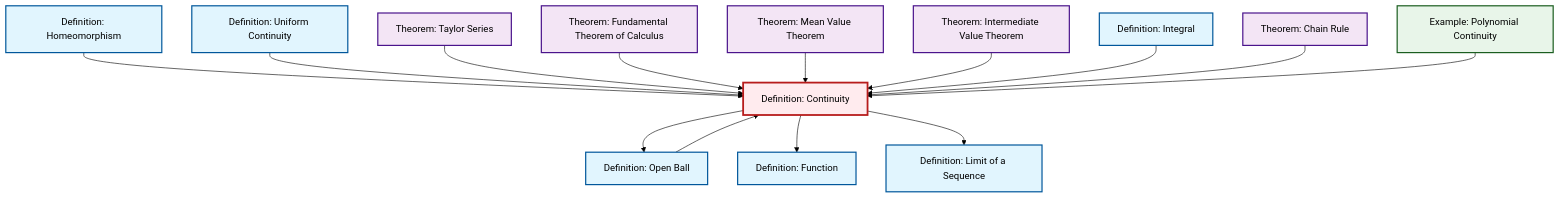
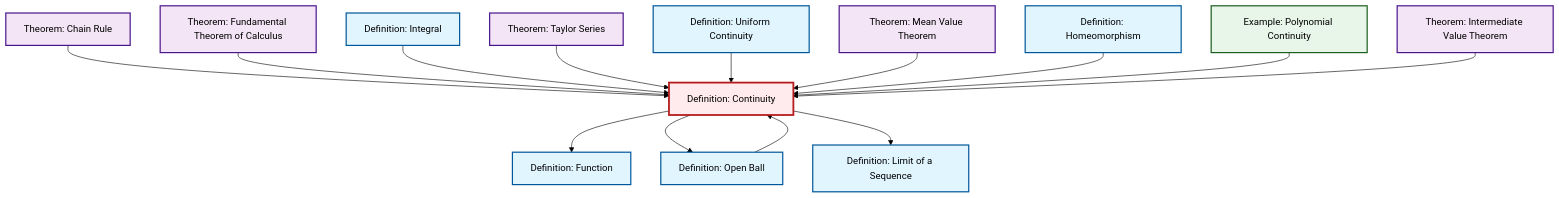
One commit to RK0429/ModernMath changed the diagram in content/en/analysis/def-continuity.qmd. Above: the diagram before and after it, drawn with Mermaid (forest theme). The commit also changed other lines of this file and 672 other files, not shown here.

````diff
--- a/content/en/analysis/def-continuity.qmd
+++ b/content/en/analysis/def-continuity.qmd
@@ -61,48 +61,48 @@
 ```{mermaid}
 %%| fig-cap: "Local dependency graph"
 graph TD
     classDef definition fill:#e1f5fe,stroke:#01579b,stroke-width:2px
     classDef theorem fill:#f3e5f5,stroke:#4a148c,stroke-width:2px
     classDef axiom fill:#fff3e0,stroke:#e65100,stroke-width:2px
     classDef example fill:#e8f5e9,stroke:#1b5e20,stroke-width:2px
     classDef current fill:#ffebee,stroke:#b71c1c,stroke-width:3px
+    def-uniform-continuity["Definition: Uniform Continuity"]:::definition
     def-limit["Definition: Limit of a Sequence"]:::definition
+    ex-polynomial-continuity["Example: Polynomial Continuity"]:::example
+    thm-mean-value["Theorem: Mean Value Theorem"]:::theorem
+    def-homeomorphism["Definition: Homeomorphism"]:::definition
+    thm-fundamental-calculus["Theorem: Fundamental Theorem of Calculus"]:::theorem
+    def-open-ball["Definition: Open Ball"]:::definition
+    def-function["Definition: Function"]:::definition
+    thm-chain-rule["Theorem: Chain Rule"]:::theorem
+    thm-taylor-series["Theorem: Taylor Series"]:::theorem
     thm-intermediate-value["Theorem: Intermediate Value Theorem"]:::theorem
-    thm-mean-value["Theorem: Mean Value Theorem"]:::theorem
     def-continuity["Definition: Continuity"]:::definition
-    def-open-ball["Definition: Open Ball"]:::definition
-    def-homeomorphism["Definition: Homeomorphism"]:::definition
-    def-function["Definition: Function"]:::definition
-    ex-polynomial-continuity["Example: Polynomial Continuity"]:::example
-    def-uniform-continuity["Definition: Uniform Continuity"]:::definition
     def-integral["Definition: Integral"]:::definition
-    thm-taylor-series["Theorem: Taylor Series"]:::theorem
-    thm-chain-rule["Theorem: Chain Rule"]:::theorem
-    thm-fundamental-calculus["Theorem: Fundamental Theorem of Calculus"]:::theorem
+    def-continuity --> def-function
+    thm-chain-rule --> def-continuity
+    def-continuity --> def-open-ball
+    thm-fundamental-calculus --> def-continuity
+    def-integral --> def-continuity
+    def-open-ball --> def-continuity
+    thm-taylor-series --> def-continuity
+    def-uniform-continuity --> def-continuity
+    def-continuity --> def-limit
+    thm-mean-value --> def-continuity
     def-homeomorphism --> def-continuity
-    def-continuity --> def-open-ball
-    def-uniform-continuity --> def-continuity
-    thm-taylor-series --> def-continuity
-    thm-fundamental-calculus --> def-continuity
-    thm-mean-value --> def-continuity
+    ex-polynomial-continuity --> def-continuity
     thm-intermediate-value --> def-continuity
-    def-integral --> def-continuity
-    thm-chain-rule --> def-continuity
-    def-continuity --> def-function
-    def-continuity --> def-limit
-    ex-polynomial-continuity --> def-continuity
-    def-open-ball --> def-continuity
     class def-continuity current
+    click def-uniform-continuity "def-uniform-continuity.html" "Go to Uniform Continuity definition"
     click def-limit "def-limit.html" "Go to Limit of a Sequence definition"
+    click ex-polynomial-continuity "ex-polynomial-continuity.html" "Go to Polynomial Continuity example"
+    click thm-mean-value "thm-mean-value.html" "Go to Mean Value Theorem theorem"
+    click def-homeomorphism "def-homeomorphism.html" "Go to Homeomorphism definition"
+    click thm-fundamental-calculus "thm-fundamental-calculus.html" "Go to Fundamental Theorem of Calculus theorem"
+    click def-open-ball "def-open-ball.html" "Go to Open Ball definition"
+    click def-function "def-function.html" "Go to Function definition"
+    click thm-chain-rule "thm-chain-rule.html" "Go to Chain Rule theorem"
+    click thm-taylor-series "thm-taylor-series.html" "Go to Taylor Series theorem"
     click thm-intermediate-value "thm-intermediate-value.html" "Go to Intermediate Value Theorem theorem"
-    click thm-mean-value "thm-mean-value.html" "Go to Mean Value Theorem theorem"
-    click def-open-ball "def-open-ball.html" "Go to Open Ball definition"
-    click def-homeomorphism "def-homeomorphism.html" "Go to Homeomorphism definition"
-    click def-function "def-function.html" "Go to Function definition"
-    click ex-polynomial-continuity "ex-polynomial-continuity.html" "Go to Polynomial Continuity example"
-    click def-uniform-continuity "def-uniform-continuity.html" "Go to Uniform Continuity definition"
     click def-integral "def-integral.html" "Go to Integral definition"
-    click thm-taylor-series "thm-taylor-series.html" "Go to Taylor Series theorem"
-    click thm-chain-rule "thm-chain-rule.html" "Go to Chain Rule theorem"
-    click thm-fundamental-calculus "thm-fundamental-calculus.html" "Go to Fundamental Theorem of Calculus theorem"
 ```
````
